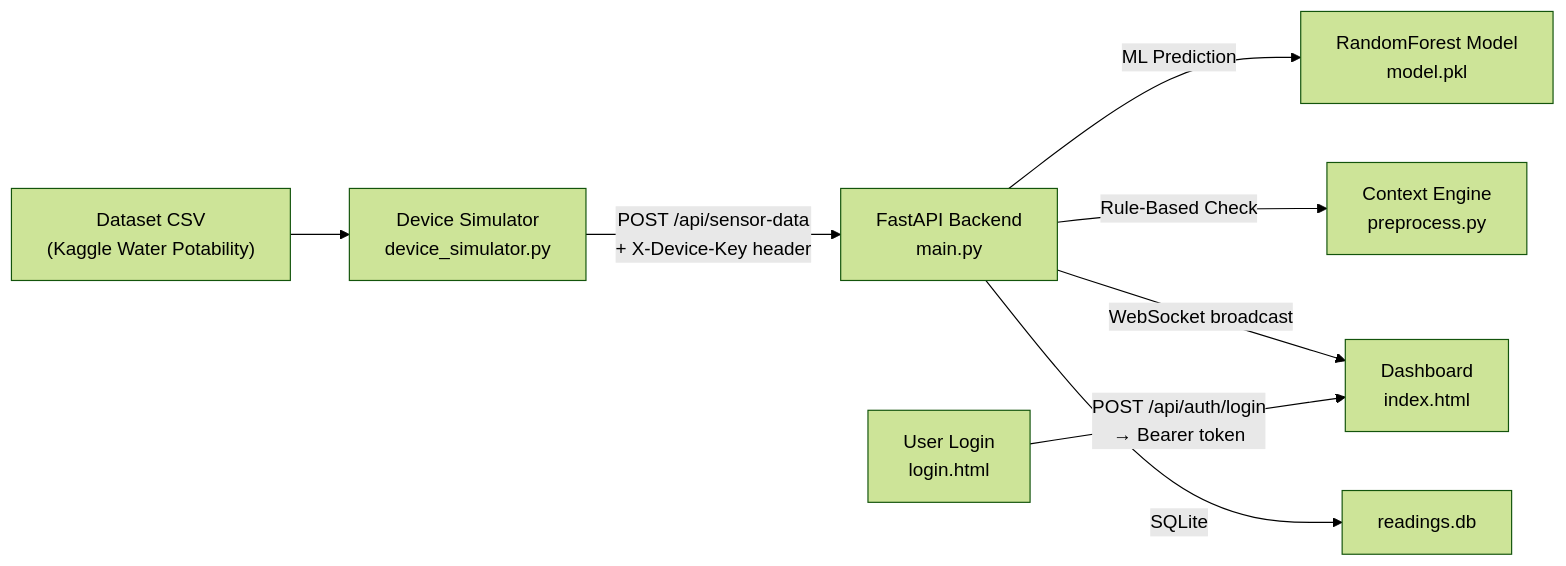
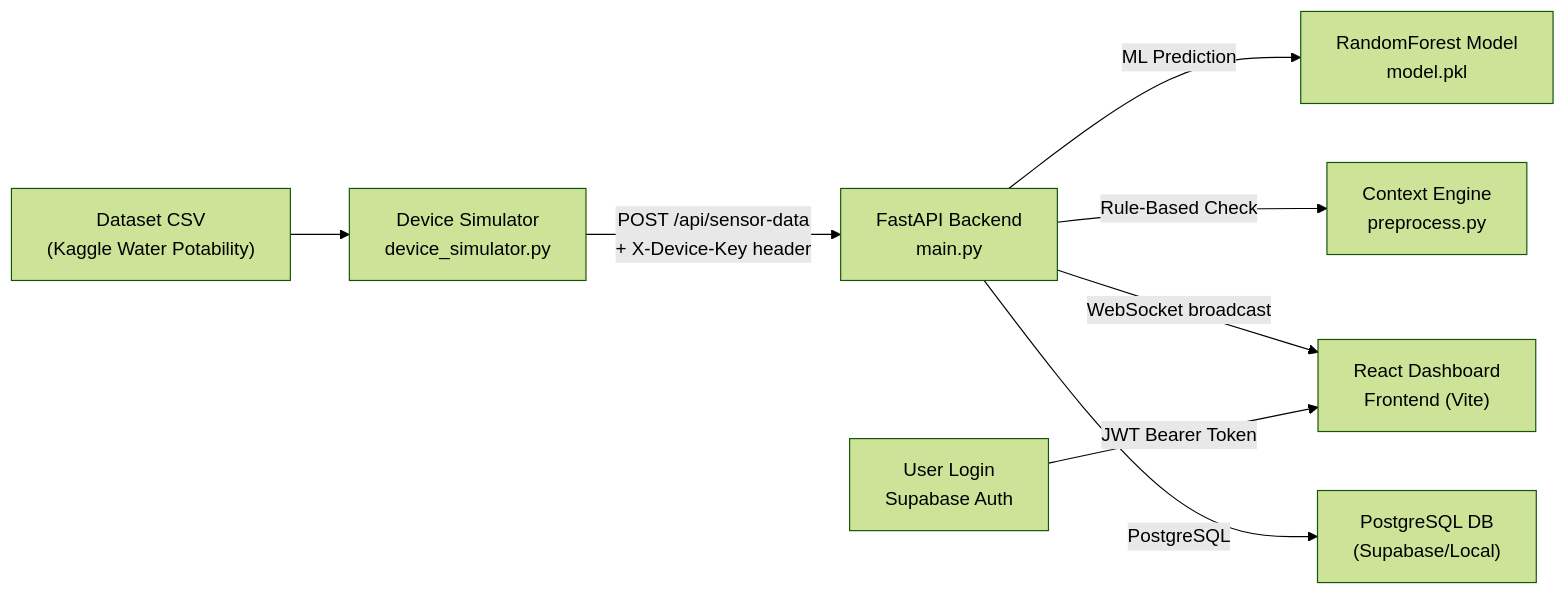
The first of 2 diagrams in project_overview.md (aldoorevaldo/aquaware-iot-system), drawn with Mermaid (forest theme) before and after one commit. The commit also changed other lines of this file and 27 other files, not shown here.

````diff
--- a/project_overview.md
+++ b/project_overview.md
@@ -14,10 +41,10 @@
 ```mermaid
 graph LR
     A["Dataset CSV<br/>(Kaggle Water Potability)"] --> B["Device Simulator<br/>device_simulator.py"]
     B -- "POST /api/sensor-data<br/>+ X-Device-Key header" --> C["FastAPI Backend<br/>main.py"]
     C -- "ML Prediction" --> D["RandomForest Model<br/>model.pkl"]
     C -- "Rule-Based Check" --> E["Context Engine<br/>preprocess.py"]
-    C -- "WebSocket broadcast" --> F["Dashboard<br/>index.html"]
-    C -- "SQLite" --> G["readings.db"]
-    H["User Login<br/>login.html"] -- "POST /api/auth/login<br/>→ Bearer token" --> F
+    C -- "WebSocket broadcast" --> F["React Dashboard<br/>Frontend (Vite)"]
+    C -- "PostgreSQL" --> G["PostgreSQL DB<br/>(Supabase/Local)"]
+    H["User Login<br/>Supabase Auth"] -- "JWT Bearer Token" --> F
 ```
````
